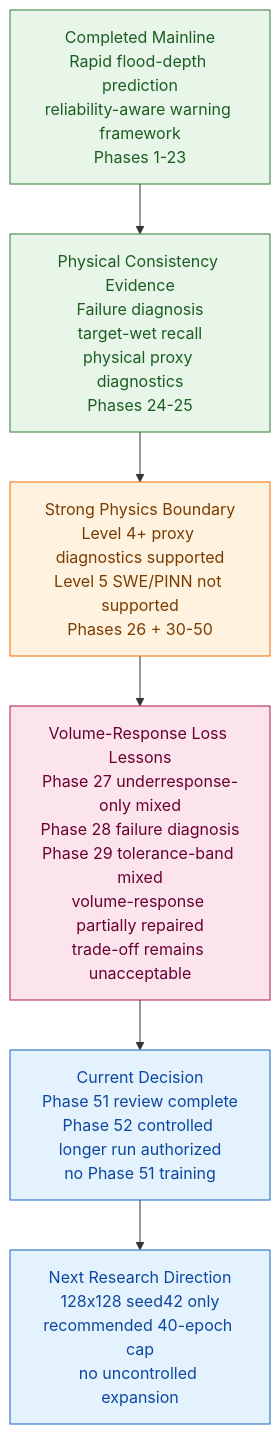
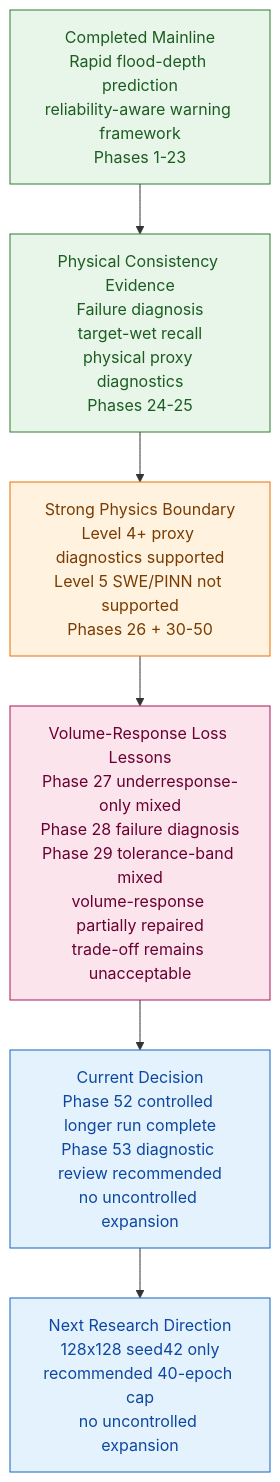
The third of 3 diagrams in README.md (HolyLin990604/physics-guided-urban-flood-prediction), drawn with Mermaid before and after one commit. The commit also changed other lines of this file and 2 other files, not shown here.

Commit message:
docs: sync phase52 controlled longer run status

````diff
--- a/README.md
+++ b/README.md
@@ -524,16 +526,16 @@
 ```mermaid
 flowchart TD
     A["Completed Mainline<br/>Rapid flood-depth prediction<br/>reliability-aware warning framework<br/>Phases 1-23"]:::completed
     B["Physical Consistency Evidence<br/>Failure diagnosis<br/>target-wet recall<br/>physical proxy diagnostics<br/>Phases 24-25"]:::completed
     C["Strong Physics Boundary<br/>Level 4+ proxy diagnostics supported<br/>Level 5 SWE/PINN not supported<br/>Phases 26 + 30-50"]:::boundary
     D["Volume-Response Loss Lessons<br/>Phase 27 underresponse-only mixed<br/>Phase 28 failure diagnosis<br/>Phase 29 tolerance-band mixed<br/>volume-response partially repaired<br/>trade-off remains unacceptable"]:::diagnosis
-    E["Current Decision<br/>Phase 51 review complete<br/>Phase 52 controlled longer run authorized<br/>no Phase 51 training"]:::current
+    E["Current Decision<br/>Phase 52 controlled longer run complete<br/>Phase 53 diagnostic review recommended<br/>no uncontrolled expansion"]:::current
     F["Next Research Direction<br/>128x128 seed42 only<br/>recommended 40-epoch cap<br/>no uncontrolled expansion"]:::current
 
     A --> B --> C --> D --> E --> F
 
     classDef completed fill:#e8f5e9,stroke:#2e7d32,color:#1b5e20
     classDef boundary fill:#fff3e0,stroke:#ef6c00,color:#7a3b00
     classDef diagnosis fill:#fce4ec,stroke:#ad1457,color:#6a0032
     classDef current fill:#e3f2fd,stroke:#1565c0,color:#0d47a1
 ```
````
